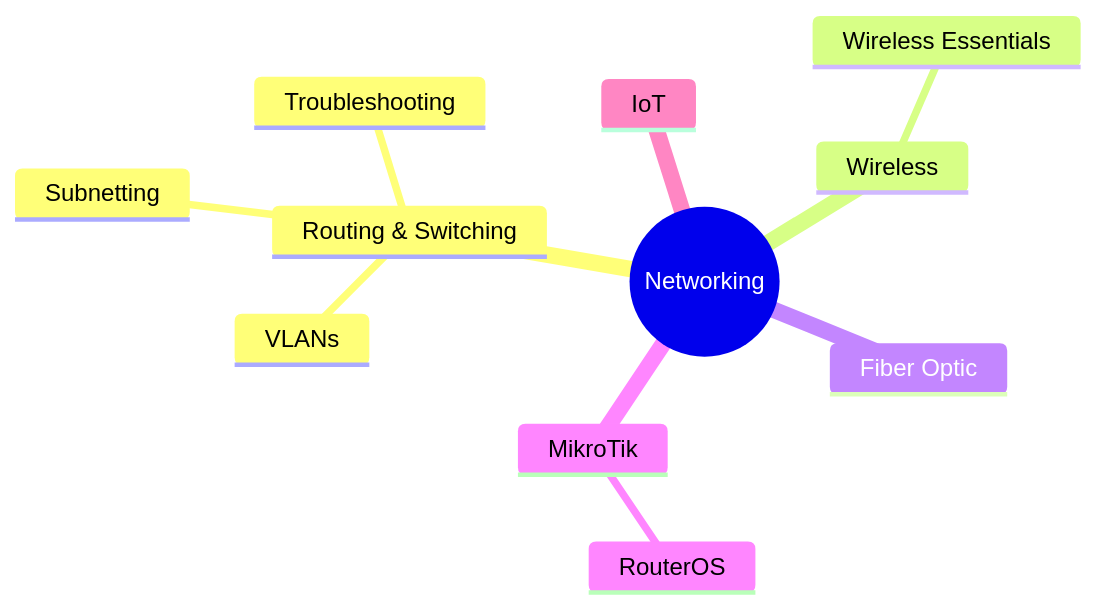
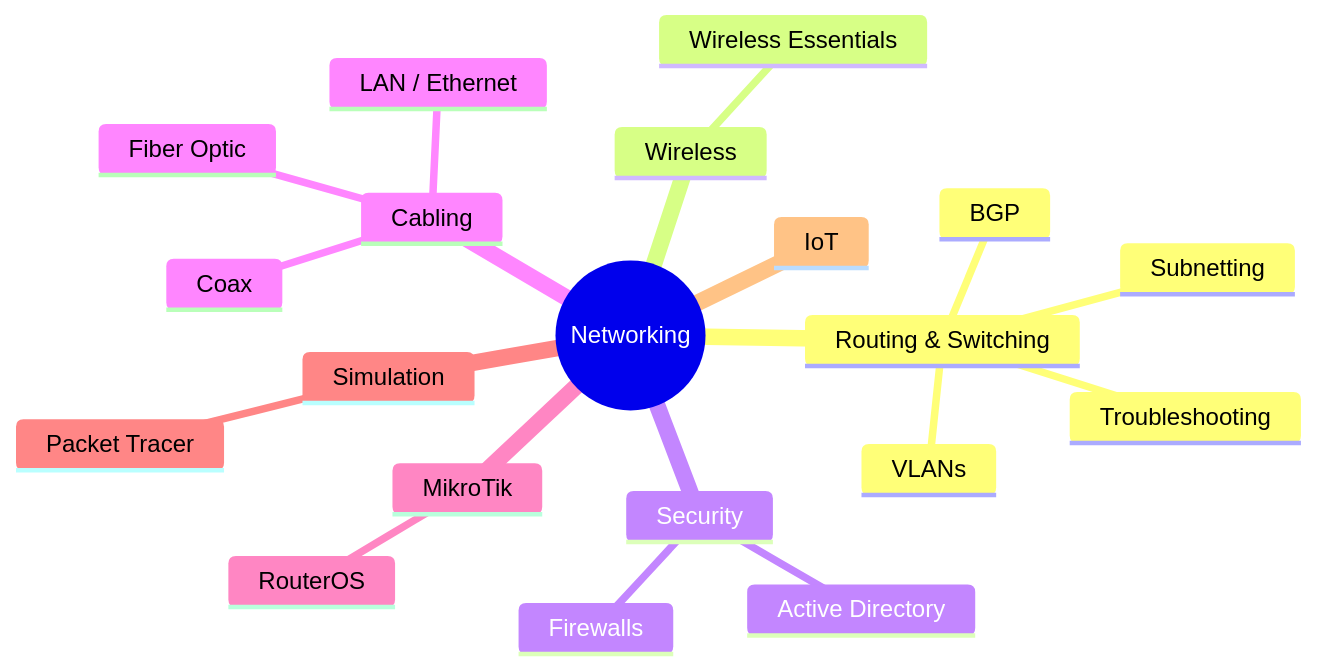
One commit to pervizajerdrin/pervizajerdrin changed the first of 3 diagrams in README.md. Above: the diagram before and after it, drawn with Mermaid. The commit also changed other lines of this file, not shown here.

First line of the commit message:
Expand tech stack: Packet Tracer, firewalls, BGP, coax, LAN, Active Directory

````diff
--- a/README.md
+++ b/README.md
@@ -37,14 +42,23 @@
 ```mermaid
 mindmap
   root((Networking))
     Routing & Switching
       Subnetting
       VLANs
+      BGP
       Troubleshooting
     Wireless
       Wireless Essentials
-    Fiber Optic
+    Security
+      Firewalls
+      Active Directory
+    Cabling
+      Fiber Optic
+      Coax
+      LAN / Ethernet
     MikroTik
       RouterOS
+    Simulation
+      Packet Tracer
     IoT
 ```
````
